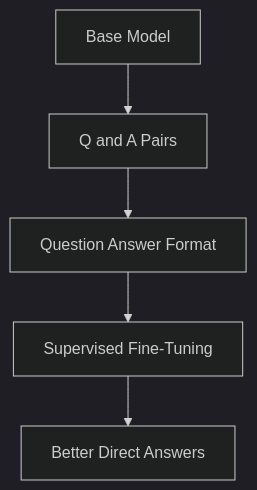
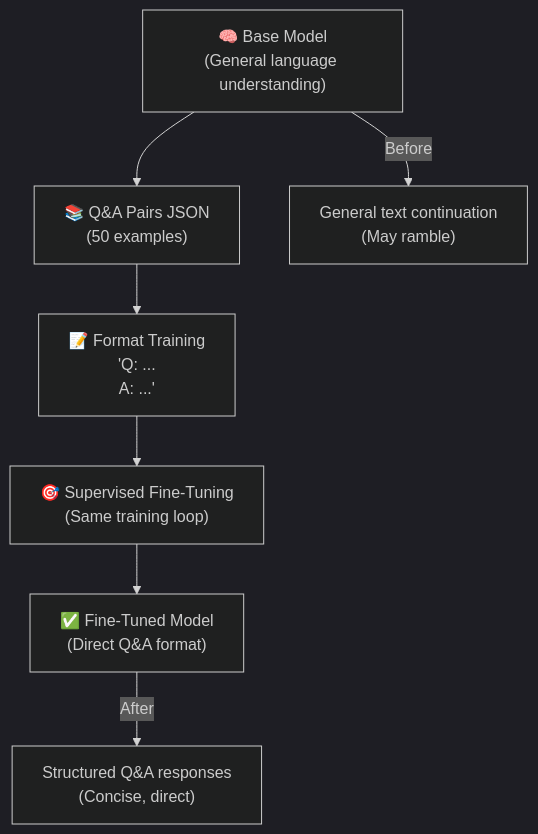
Diagram 13 of 24 in docs/susagpt/SusaGPT_Diagram_Guide.md (Sameer-Malik20/SusaGPT-Build-LLM-From-Scratch-With-Hinglish-Learning-Material), drawn with Mermaid (dark theme) before and after one commit. The commit also changed other lines of this file and 10 other files, not shown here.

````diff
--- a/docs/susagpt/SusaGPT_Diagram_Guide.md
+++ b/docs/susagpt/SusaGPT_Diagram_Guide.md
@@ -323,7 +709,10 @@
 ```mermaid
 flowchart TD
-    A[Base Model] --> B[Q and A Pairs]
-    B --> C[Question Answer Format]
-    C --> D[Supervised Fine-Tuning]
-    D --> E[Better Direct Answers]
+    A["🧠 Base Model\n(General language understanding)"] --> B["📚 Q&A Pairs JSON\n(50 examples)"]
+    B --> C["📝 Format Training\n'Q: ...\nA: ...'"]
+    C --> D["🎯 Supervised Fine-Tuning\n(Same training loop)"]
+    D --> E["✅ Fine-Tuned Model\n(Direct Q&A format)"]
+
+    A -->|"Before"| P["General text continuation\n(May ramble)"]
+    E -->|"After"| Q["Structured Q&A responses\n(Concise, direct)"]
 ```
````
